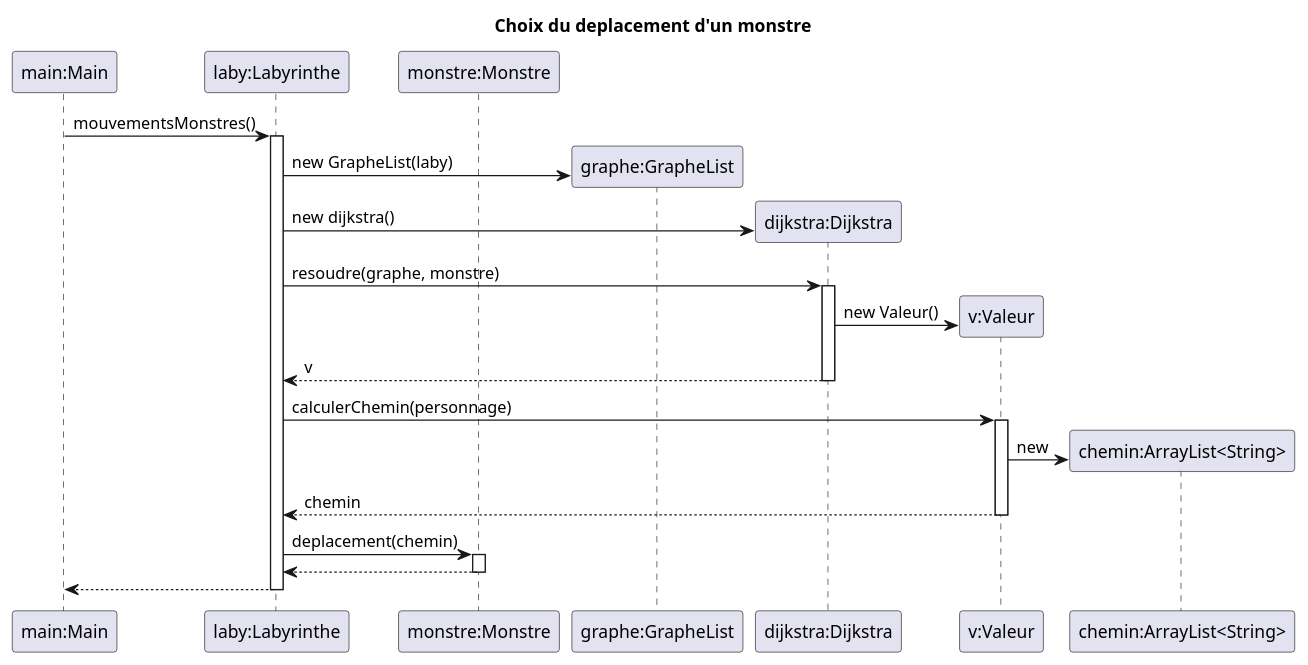
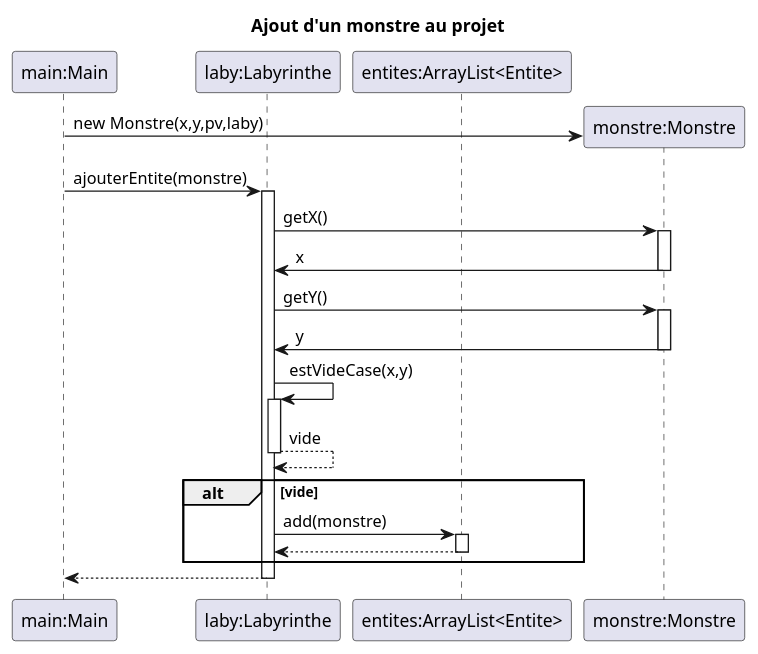
One commit to adrienMGN/2024_Zeldiablo_mangin225u_dewasch2u_favier36u_fontaine_noel332u changed the diagram in zeldiablo/src/gameLaby/Fonctionnement_Sequence.puml. Above: the diagram before and after it, drawn with PlantUML.

Commit message:
diagramme sequence choix deplacement

```diff
--- a/zeldiablo/src/gameLaby/Fonctionnement_Sequence.puml
+++ b/zeldiablo/src/gameLaby/Fonctionnement_Sequence.puml
@@ -1,38 +1,35 @@
 @startuml
-title Choix du deplacement d'un monstre
+title Ajout d'un monstre au projet
 
 participant "main:Main" as main
 participant "laby:Labyrinthe" as laby
-participant "monstre:Monstre" as monstre
+participant "entites:ArrayList<Entite>" as entites
 
+create "monstre:Monstre" as monstre
+main -> monstre: new Monstre(x,y,pv,laby)
 
-main -> laby: mouvementsMonstres()
+main -> laby: ajouterEntite(monstre)
 activate laby
-create "graphe:GrapheList" as graphe
-laby -> graphe: new GrapheList(laby)
-create "dijkstra:Dijkstra" as dijkstra
-laby -> dijkstra: new dijkstra()
-
-laby -> dijkstra: resoudre(graphe, monstre)
-activate dijkstra
-create "v:Valeur" as v
-dijkstra -> v: new Valeur()
-dijkstra --> laby: v
-deactivate dijkstra
-
-laby -> v: calculerChemin(personnage)
-activate v
-create "chemin:ArrayList<String>" as chemin
-v -> chemin: new
-v --> laby: chemin
-deactivate v
-
-laby -> monstre: deplacement(chemin)
+laby -> monstre: getX()
 activate monstre
-monstre --> laby
+monstre -> laby: x
+deactivate monstre
+laby -> monstre: getY()
+activate monstre
+monstre -> laby: y
 deactivate monstre
 
+laby -> laby: estVideCase(x,y)
+activate laby
+laby --> laby: vide
+deactivate laby
+alt vide
+    laby -> entites : add(monstre)
+    activate entites
+    entites --> laby
+    deactivate entites
+end
 laby --> main
 deactivate laby
 
 @enduml
```
